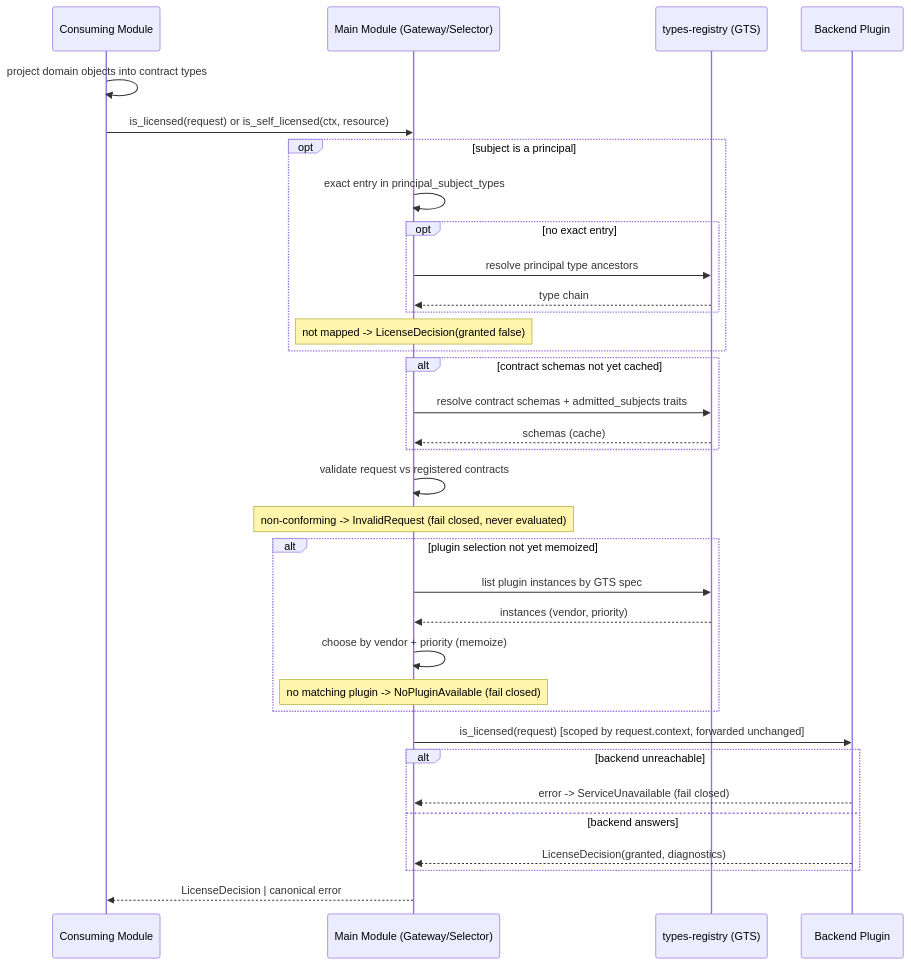
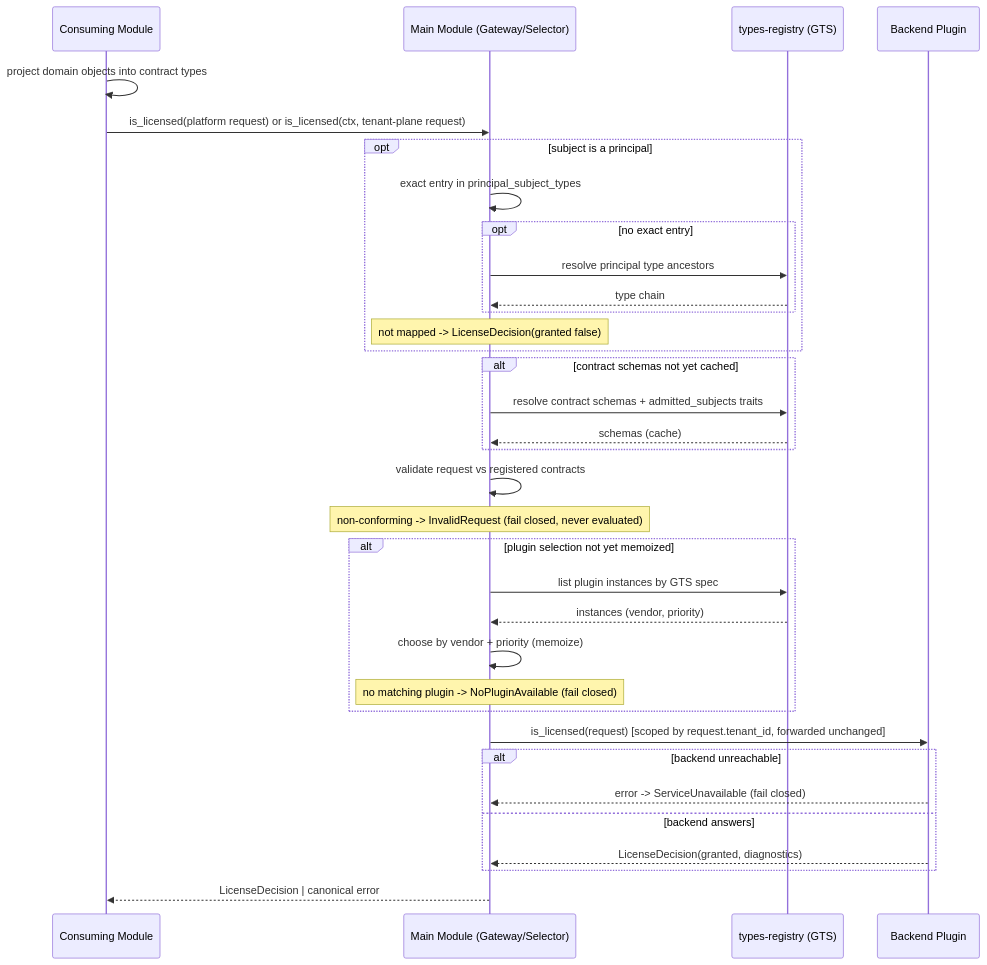
Before and after one commit to constructorfabric/gears-rust: the diagram in gears/system/license-resolver/docs/DESIGN.md, drawn with Mermaid. The commit also changed other lines of this file and 33 other files, not shown here.

````diff
--- a/gears/system/license-resolver/docs/DESIGN.md
+++ b/gears/system/license-resolver/docs/DESIGN.md
@@ -513,36 +533,36 @@
 ```mermaid
 sequenceDiagram
     participant C as Consuming Module
     participant G as Main Module (Gateway/Selector)
     participant R as types-registry (GTS)
     participant P as Backend Plugin
     C ->> C: project domain objects into contract types
-    C ->> G: is_licensed(request) or is_self_licensed(ctx, resource)
+    C ->> G: is_licensed(platform request) or is_licensed(ctx, tenant-plane request)
     opt subject is a principal
         G ->> G: exact entry in principal_subject_types
         opt no exact entry
             G ->> R: resolve principal type ancestors
             R -->> G: type chain
         end
         Note over G: not mapped -> LicenseDecision(granted false)
     end
     alt contract schemas not yet cached
         G ->> R: resolve contract schemas + admitted_subjects traits
         R -->> G: schemas (cache)
     end
     G ->> G: validate request vs registered contracts
     Note over G: non-conforming -> InvalidRequest (fail closed, never evaluated)
     alt plugin selection not yet memoized
         G ->> R: list plugin instances by GTS spec
         R -->> G: instances (vendor, priority)
         G ->> G: choose by vendor + priority (memoize)
         Note over G: no matching plugin -> NoPluginAvailable (fail closed)
     end
-    G ->> P: is_licensed(request) [scoped by request.context, forwarded unchanged]
+    G ->> P: is_licensed(request) [scoped by request.tenant_id, forwarded unchanged]
     alt backend unreachable
         P -->> G: error -> ServiceUnavailable (fail closed)
     else backend answers
         P -->> G: LicenseDecision(granted, diagnostics)
     end
     G -->> C: LicenseDecision | canonical error
 ```
````
